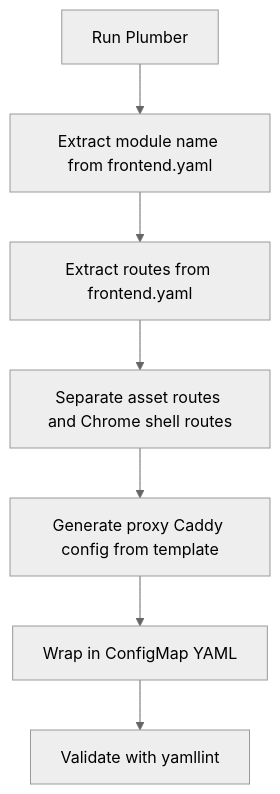
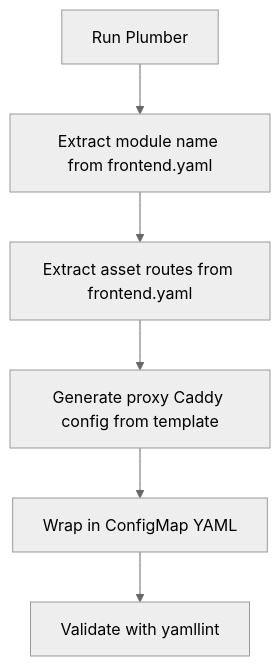
One commit to catastrophe-brandon/plumber changed the diagram in CLAUDE.md. Above: the diagram before and after it, drawn with Mermaid (neutral theme). The commit also changed other lines of this file and 6 other files, not shown here.

````diff
--- a/CLAUDE.md
+++ b/CLAUDE.md
@@ -216,9 +162,8 @@
 ```mermaid
 graph TD
     A[Run Plumber] --> B[Extract module name from frontend.yaml]
-    B --> C[Extract routes from frontend.yaml]
-    C --> D[Separate asset routes and Chrome shell routes]
-    D --> E[Generate proxy Caddy config from template]
-    E --> F[Wrap in ConfigMap YAML]
-    F --> G[Validate with yamllint]
+    B --> C[Extract asset routes from frontend.yaml]
+    C --> D[Generate proxy Caddy config from template]
+    D --> E[Wrap in ConfigMap YAML]
+    E --> F[Validate with yamllint]
 ```
````
